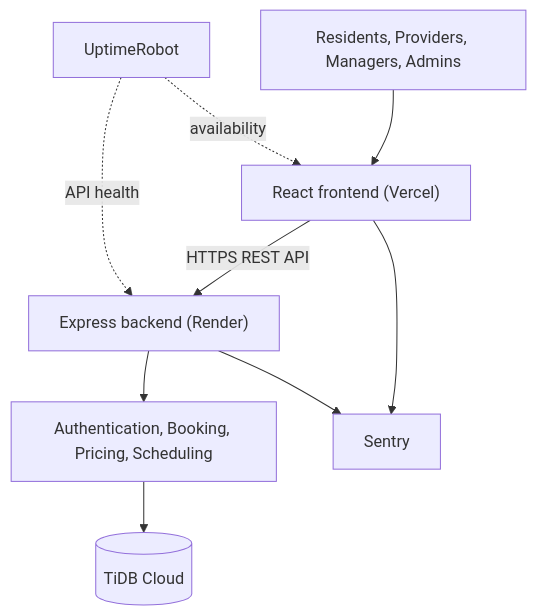
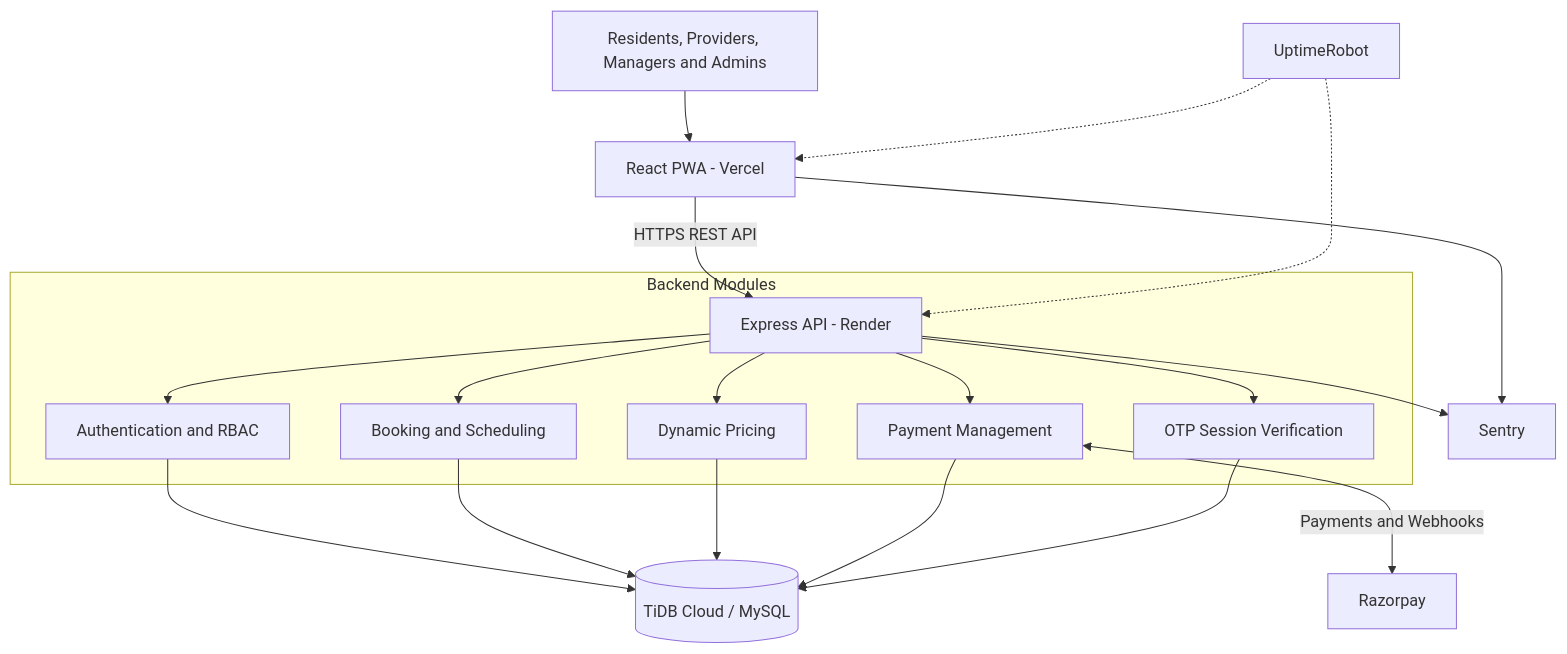
The first of 3 diagrams in README.md (9harshithp/SocietyCook), drawn with Mermaid before and after one commit. The commit also changed other lines of this file, not shown here.

First line of the commit message:
Enhance README with architecture and sequence diagrams

````diff
--- a/README.md
+++ b/README.md
@@ -111,11 +114,26 @@
 ```mermaid
-flowchart TD
-    U["Residents, Providers, Managers, Admins"] --> F["React frontend (Vercel)"]
-    F -->|HTTPS REST API| B["Express backend (Render)"]
-    B --> L["Authentication, Booking, Pricing, Scheduling"]
-    L --> D[("TiDB Cloud")]
-    F --> S["Sentry"]
-    B --> S
-    M["UptimeRobot"] -. availability .-> F
-    M -. API health .-> B
+flowchart TB
+    U["Residents, Providers, Managers and Admins"]
+    U --> F["React PWA - Vercel"]
+    F -->|HTTPS REST API| B["Express API - Render"]
+
+    subgraph Backend["Backend Modules"]
+        B --> A["Authentication and RBAC"]
+        B --> S["Booking and Scheduling"]
+        B --> P["Dynamic Pricing"]
+        B --> R["Payment Management"]
+        B --> V["OTP Session Verification"]
+    end
+
+    A --> DB[("TiDB Cloud / MySQL")]
+    S --> DB
+    P --> DB
+    R --> DB
+    V --> DB
+
+    R <-->|Payments and Webhooks| RP["Razorpay"]
+    F --> M["Sentry"]
+    B --> M
+    UM["UptimeRobot"] -.-> F
+    UM -.-> B
 ```
````
